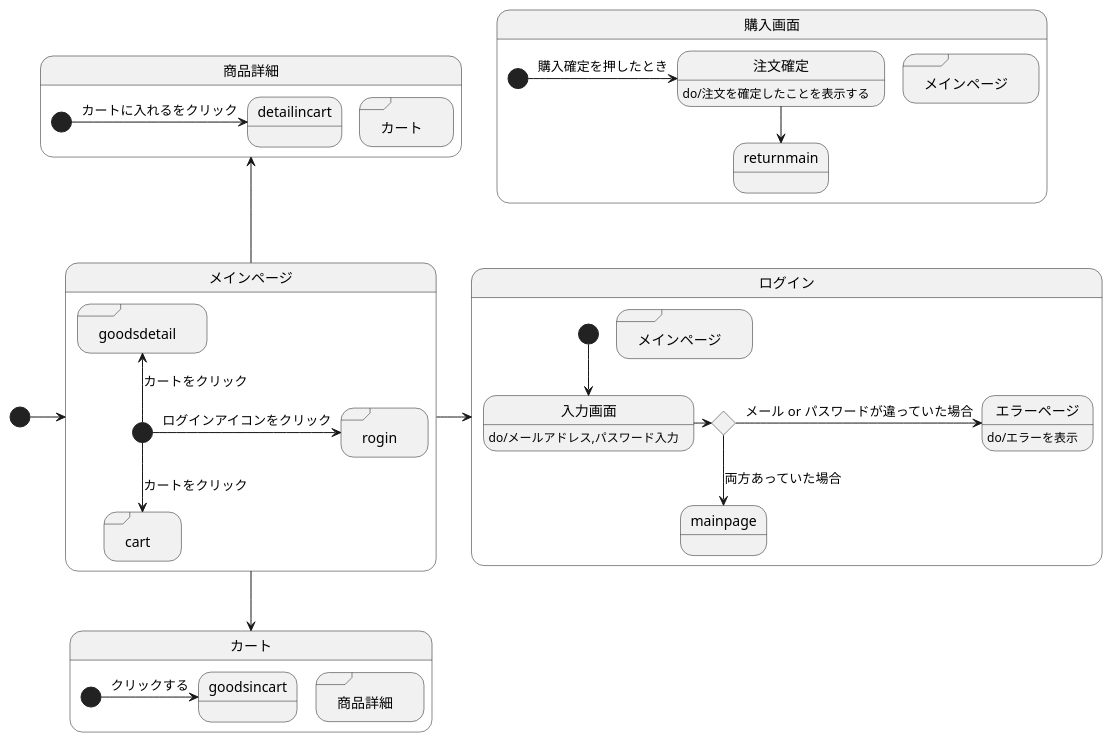
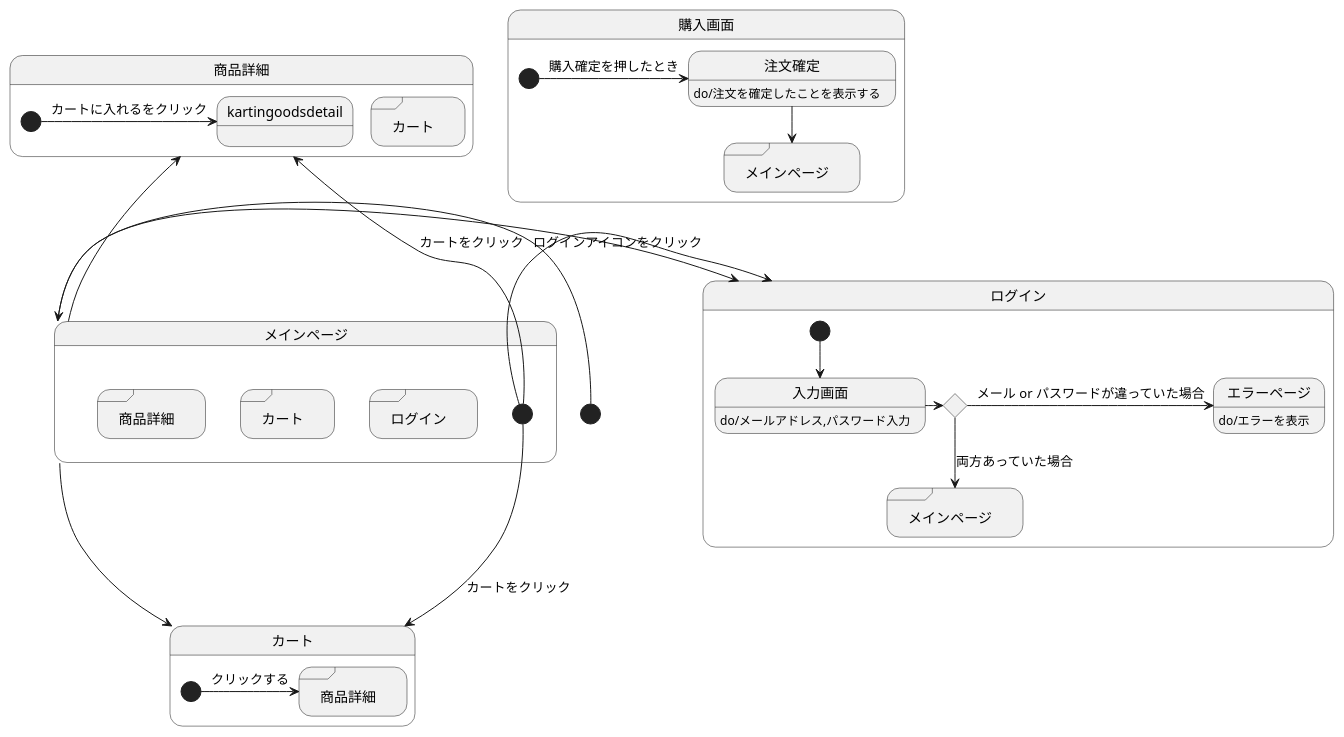
The diagram in UML.md (akutori/T-D-E), drawn with PlantUML before and after one commit.

Commit message:
すべての定義済み処理を日本語化,最適化

````diff
--- a/UML.md
+++ b/UML.md
@@ -1,51 +1,51 @@
 ```uml
 @startuml
 [*]->メインページ
 メインページ->ログイン
 メインページ-->カート
 メインページ-up->商品詳細
 
 state メインページ{
-state "rogin" <<sdlreceive>>
-state "cart" <<sdlreceive>>
-state "goodsdetail" <<sdlreceive>>
-    [*]-> rogin :ログインアイコンをクリック
-    [*]--> cart :カートをクリック
-    [*]-up-> goodsdetail :カートをクリック
+state "ログイン" as rogininmainpage  <<sdlreceive>>
+state "カート" as cartinmainpage <<sdlreceive>>
+state "商品詳細" as goodsdetailinmainpage <<sdlreceive>>
+    [*]-> ログイン :ログインアイコンをクリック
+    [*]--> カート :カートをクリック
+    [*]-up-> 商品詳細 :カートをクリック
 }
 
 state ログイン{
 state input <<choice>>
 state "メインページ" as mainpageinrogin<<sdlreceive>>
 
 入力画面:do/メールアドレス,パスワード入力
 エラーページ:do/エラーを表示
     [*]--> 入力画面
     入力画面->input
     input->エラーページ:メール or パスワードが違っていた場合
-    input-->mainpage : 両方あっていた場合
+    input-->mainpageinrogin : 両方あっていた場合
 
 }
 
 state 購入画面{
 state "メインページ" as mainpageingoodsdetail<<sdlreceive>>
 注文確定:do/注文を確定したことを表示する
     [*]->注文確定 :購入確定を押したとき
-    注文確定-->returnmain
+    注文確定-->mainpageingoodsdetail
 }
 
 
 state カート{
 state "商品詳細" as goodsdetailincart <<sdlreceive>>
 
-    [*]->goodsincart :クリックする
+    [*]->goodsdetailincart :クリックする
 }
 
 state 商品詳細{
 state "カート" as cartingoodsdetail <<sdlreceive>>
 
-    [*]->detailincart :カートに入れるをクリック
+    [*]->kartingoodsdetail :カートに入れるをクリック
 }
 
 @enduml
 ```
````
